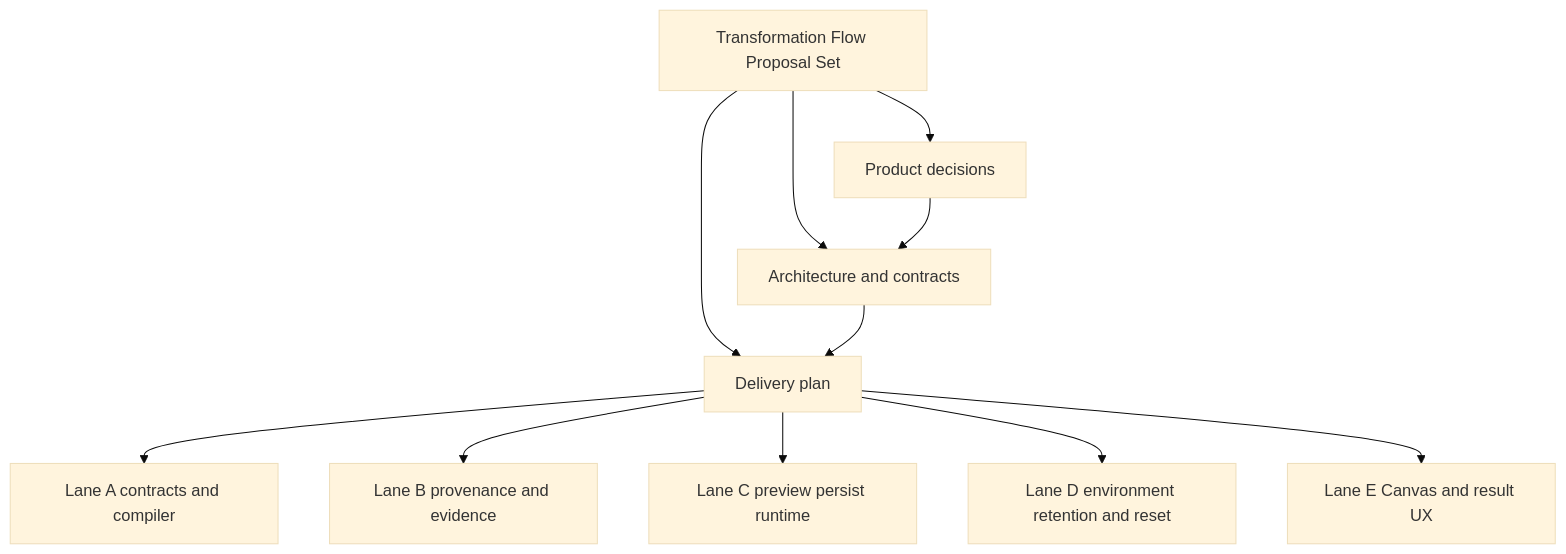
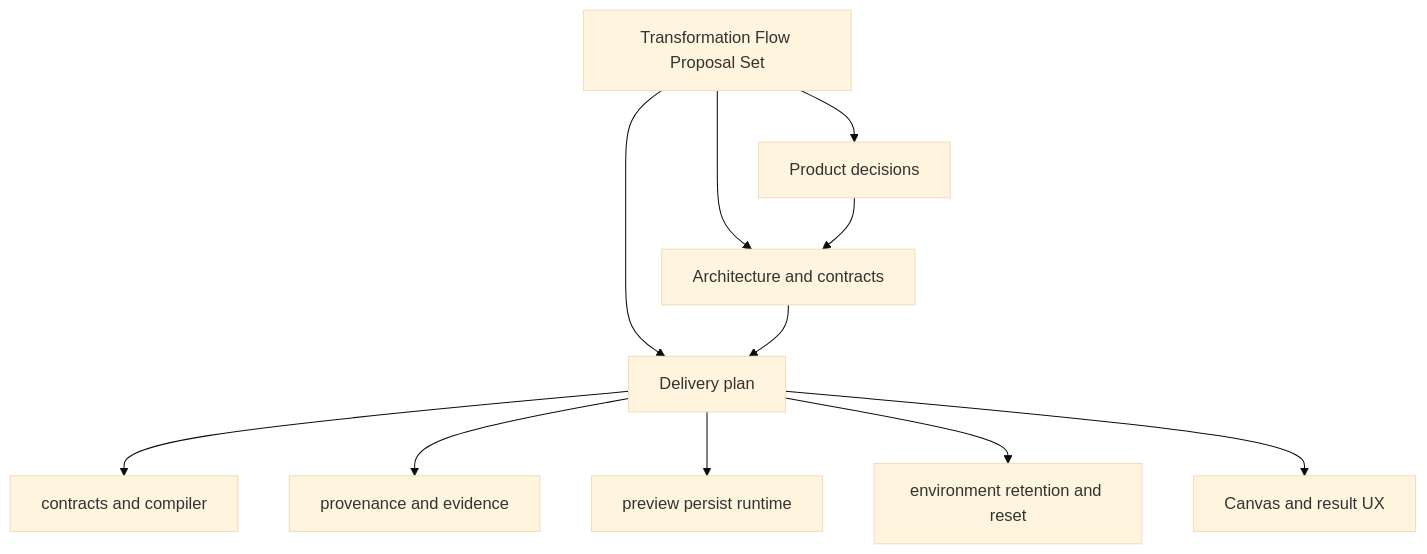
One commit to dunay2/dvt changed the diagram in docs/planning/proposals/mandatory/runtime-and-contracts/plan-creation-interface-route-proposal-20260405.md. Above: the diagram before and after it, drawn with Mermaid (base theme). The commit also changed other lines of this file and 505 other files, not shown here.

````diff
--- a/docs/planning/proposals/mandatory/runtime-and-contracts/plan-creation-interface-route-proposal-20260405.md
+++ b/docs/planning/proposals/mandatory/runtime-and-contracts/plan-creation-interface-route-proposal-20260405.md
@@ -98,13 +92,13 @@
 ```mermaid
 flowchart TD
   O[Transformation Flow Proposal Set] --> D[Product decisions]
   O --> A[Architecture and contracts]
   O --> R[Delivery plan]
   D --> A
   A --> R
-  R --> LA[Lane A contracts and compiler]
-  R --> LB[Lane B provenance and evidence]
-  R --> LC[Lane C preview persist runtime]
-  R --> LD[Lane D environment retention and reset]
-  R --> LE[Lane E Canvas and result UX]
+  R --> LA[contracts and compiler]
+  R --> LB[provenance and evidence]
+  R --> LC[preview persist runtime]
+  R --> LD[environment retention and reset]
+  R --> LE[Canvas and result UX]
 ```
````
